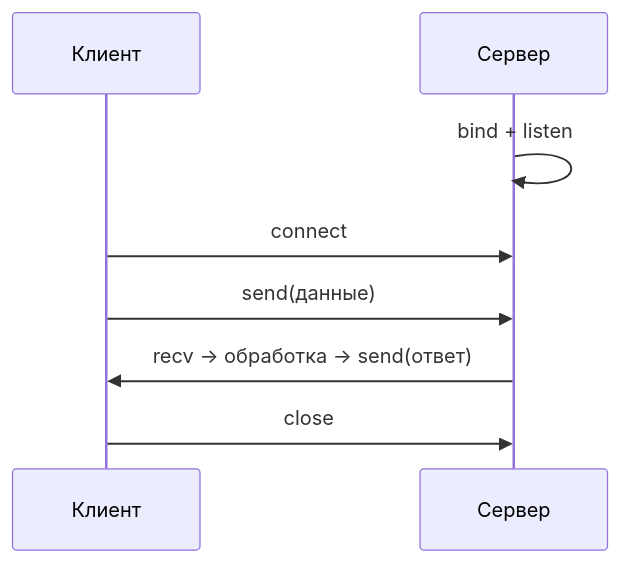
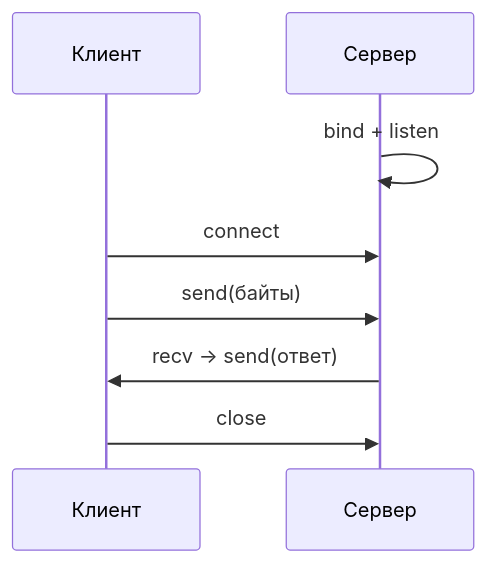
The diagram in docs/encyclopedia/5-languages/5-02-python/315.md (Spirzen/it-knowledge-base), drawn with Mermaid before and after one commit. The commit also changed other lines of this file and 1180 other files, not shown here.

````diff
--- a/docs/encyclopedia/5-languages/5-02-python/315.md
+++ b/docs/encyclopedia/5-languages/5-02-python/315.md
@@ -33,11 +69,11 @@
 ```mermaid
 sequenceDiagram
     participant C as Клиент
     participant S as Сервер
 
     S->>S: bind + listen
     C->>S: connect
-    C->>S: send(данные)
-    S->>C: recv → обработка → send(ответ)
+    C->>S: send(байты)
+    S->>C: recv → send(ответ)
     C->>S: close
 ```
````
